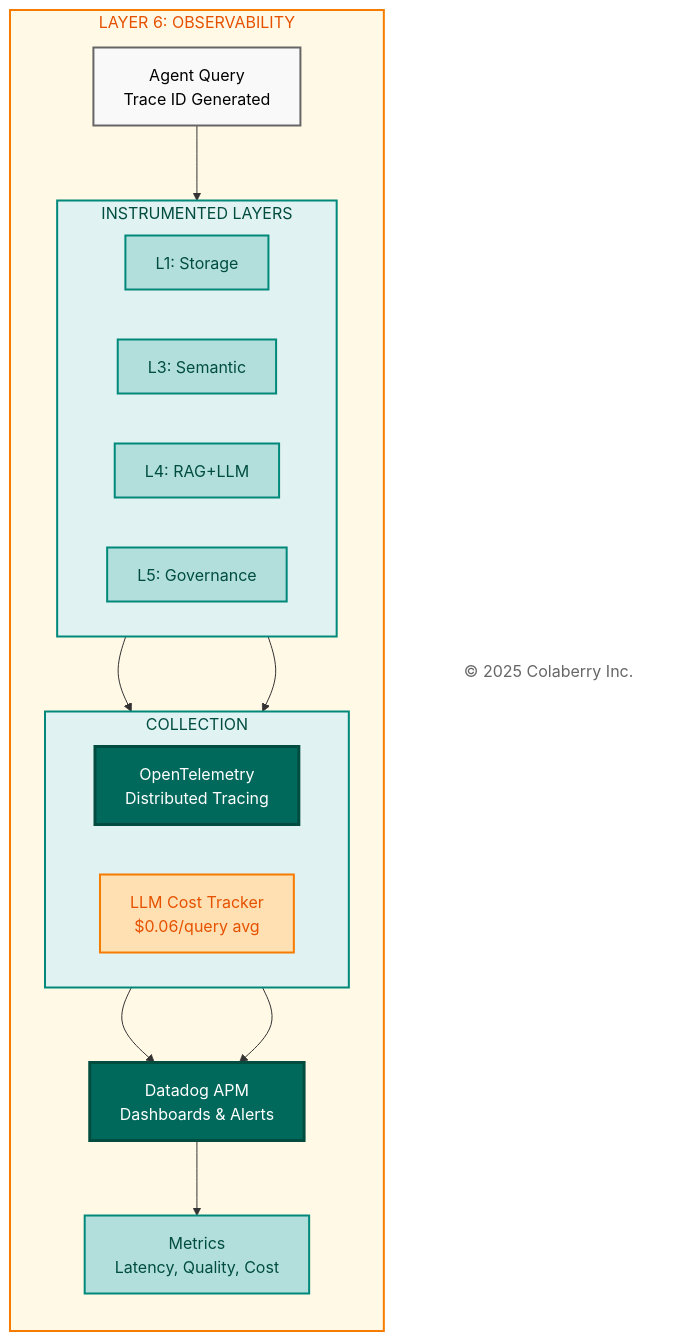
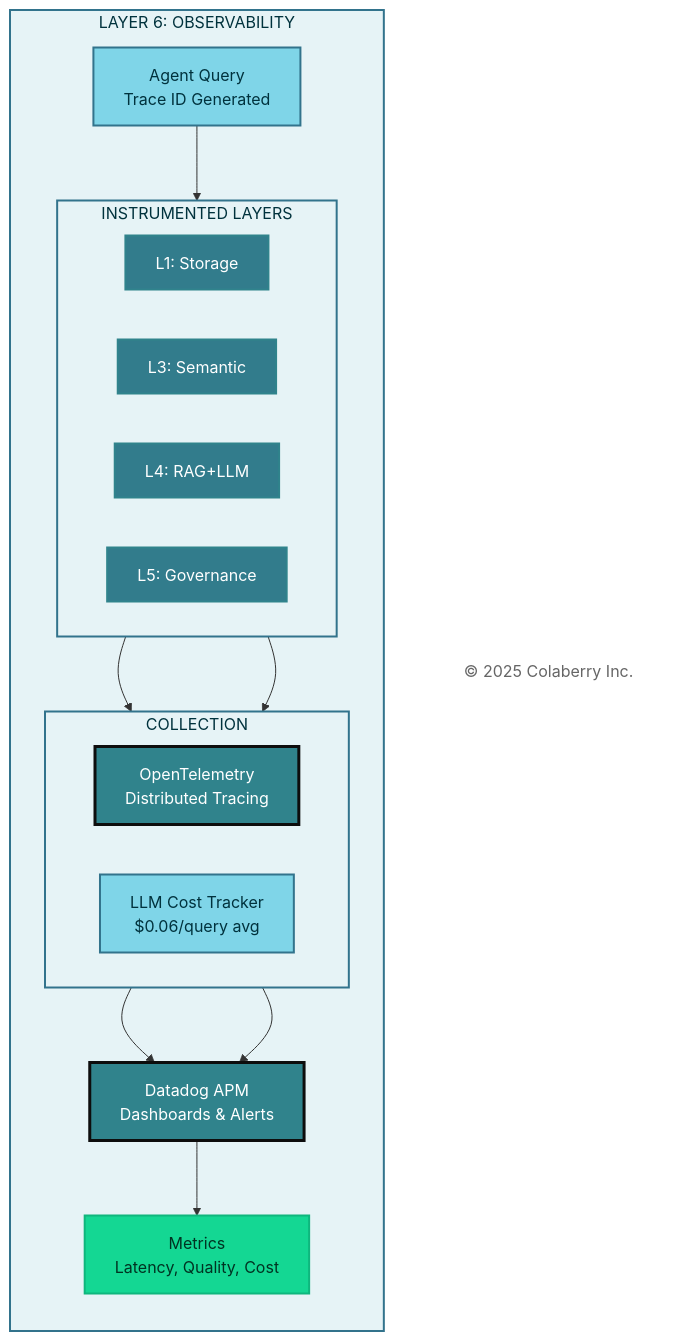
The seventh of 14 diagrams in manuscript/07_chapter_6_transparency_orchestration_layers.md (saitejesh-cyber/trust-before-intelligence-book), drawn with Mermaid before and after one commit. The commit also changed other lines of this file, not shown here.

Commit message:
Update mermaid diagrams as per new coloberry color and contrast ratio for chapter 7

````diff
--- a/manuscript/07_chapter_6_transparency_orchestration_layers.md
+++ b/manuscript/07_chapter_6_transparency_orchestration_layers.md
@@ -604,49 +604,49 @@
 ```mermaid
 
 graph TB
     subgraph LAYER6["LAYER 6: OBSERVABILITY"]
         direction TB
         Query["Agent Query<br/>Trace ID Generated"]
         
         subgraph LAYERS["INSTRUMENTED LAYERS"]
             direction LR
             L1["L1: Storage"]
             L3["L3: Semantic"]
             L4["L4: RAG+LLM"]
             L5["L5: Governance"]
         end
         
         subgraph COLLECTION["COLLECTION"]
             direction LR
             OTEL["OpenTelemetry<br/>Distributed Tracing"]
             LLM["LLM Cost Tracker<br/>$0.06/query avg"]
         end
         
         DD["Datadog APM<br/>Dashboards & Alerts"]
         Metrics["Metrics<br/>Latency, Quality, Cost"]
     end
     
     Copyright["© 2025 Colaberry Inc."]
     
     Query --> LAYERS
     LAYERS --> OTEL
     L4 --> LLM
     OTEL --> DD
     LLM --> DD
     DD --> Metrics
     
-    style LAYER6 fill:#fff9e6,stroke:#f57c00,stroke-width:2px,color:#e65100
-    style Query fill:#f9f9f9,stroke:#666666,stroke-width:2px,color:#000000
-    style LAYERS fill:#e0f2f1,stroke:#00897b,stroke-width:2px,color:#004d40
-    style L1 fill:#b2dfdb,stroke:#00897b,stroke-width:2px,color:#004d40
-    style L3 fill:#b2dfdb,stroke:#00897b,stroke-width:2px,color:#004d40
-    style L4 fill:#b2dfdb,stroke:#00897b,stroke-width:2px,color:#004d40
-    style L5 fill:#b2dfdb,stroke:#00897b,stroke-width:2px,color:#004d40
-    style COLLECTION fill:#e0f2f1,stroke:#00897b,stroke-width:2px,color:#004d40
-    style OTEL fill:#00695c,color:#ffffff,stroke:#004d40,stroke-width:3px
-    style LLM fill:#ffe0b2,stroke:#f57c00,stroke-width:2px,color:#e65100
-    style DD fill:#00695c,color:#ffffff,stroke:#004d40,stroke-width:3px
-    style Metrics fill:#b2dfdb,stroke:#00897b,stroke-width:2px,color:#004d40
+    style LAYER6 fill:#E6F3F6,stroke:#32738C,stroke-width:2px,color:#00323D
+    style Query fill:#7FD5E8,stroke:#32738C,stroke-width:2px,color:#00323D
+    style LAYERS fill:#E6F3F6,stroke:#32738C,stroke-width:2px,color:#00323D
+    style L1 fill:#327C8C,stroke:#30838C,stroke-width:2px,color:#ffffff
+    style L3 fill:#327C8C,stroke:#30838C,stroke-width:2px,color:#ffffff
+    style L4 fill:#327C8C,stroke:#30838C,stroke-width:2px,color:#ffffff
+    style L5 fill:#327C8C,stroke:#30838C,stroke-width:2px,color:#ffffff
+    style COLLECTION fill:#E6F3F6,stroke:#32738C,stroke-width:2px,color:#00323D
+    style OTEL fill:#30838C,color:#ffffff,stroke:#0D0D0D,stroke-width:3px
+    style LLM fill:#7FD5E8,stroke:#32738C,stroke-width:2px,color:#00323D
+    style DD fill:#30838C,color:#ffffff,stroke:#0D0D0D,stroke-width:3px
+    style Metrics fill:#14D793,color:#003322,stroke:#0FB67D,stroke-width:2px
     style Copyright fill:#ffffff,stroke:none,color:#666666
 
 ```
````
